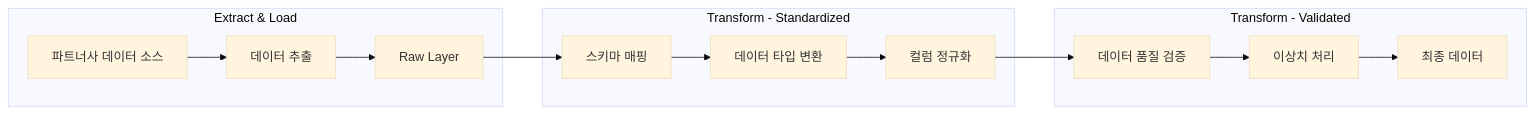
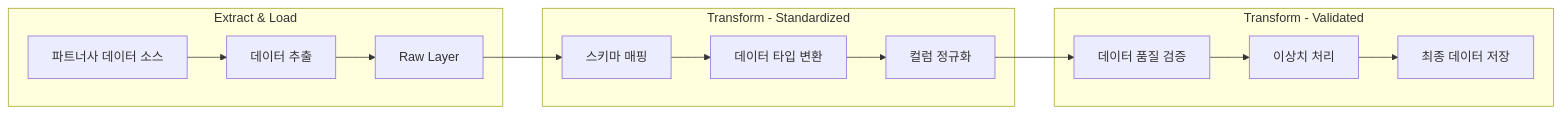
Before and after one commit to yeokyeong-yoon/yeokyeong-yoon.github.io: the second of 2 diagrams in _posts/2025-03-15-elt-pipeline.md, drawn with Mermaid. The commit also changed other lines of this file, not shown here.

````diff
--- a/_posts/2025-03-15-elt-pipeline.md
+++ b/_posts/2025-03-15-elt-pipeline.md
@@ -81,20 +65,19 @@
 ```mermaid
-%%{init: {'theme': 'base', 'themeVariables': { 'fontSize': '16px'}}}%%
 graph LR
     subgraph "Extract & Load"
         A[파트너사 데이터 소스] --> B[데이터 추출]
         B --> C[Raw Layer]
     end
     
     subgraph "Transform - Standardized"
         C --> D[스키마 매핑]
         D --> E[데이터 타입 변환]
         E --> F[컬럼 정규화]
     end
     
     subgraph "Transform - Validated"
         F --> G[데이터 품질 검증]
         G --> H[이상치 처리]
-        H --> I[최종 데이터]
+        H --> I[최종 데이터 저장]
     end
 ```
````
